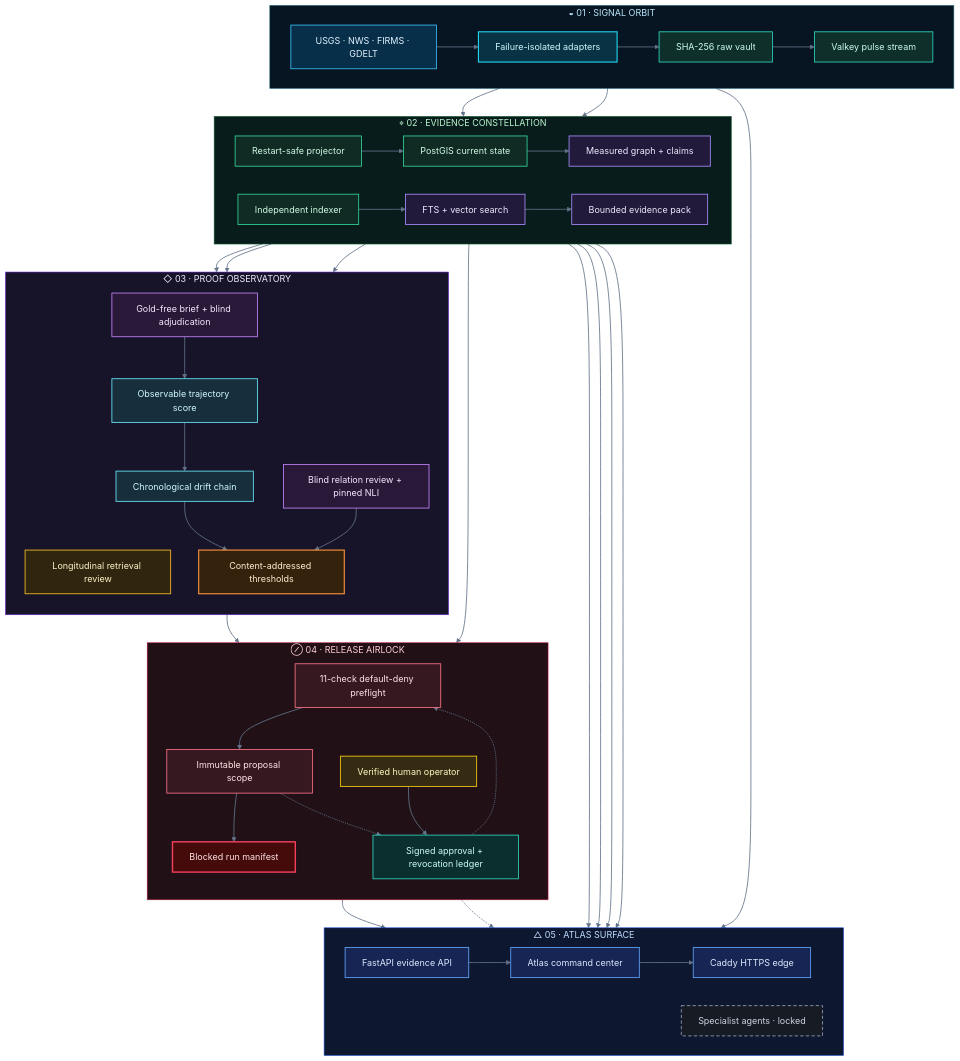
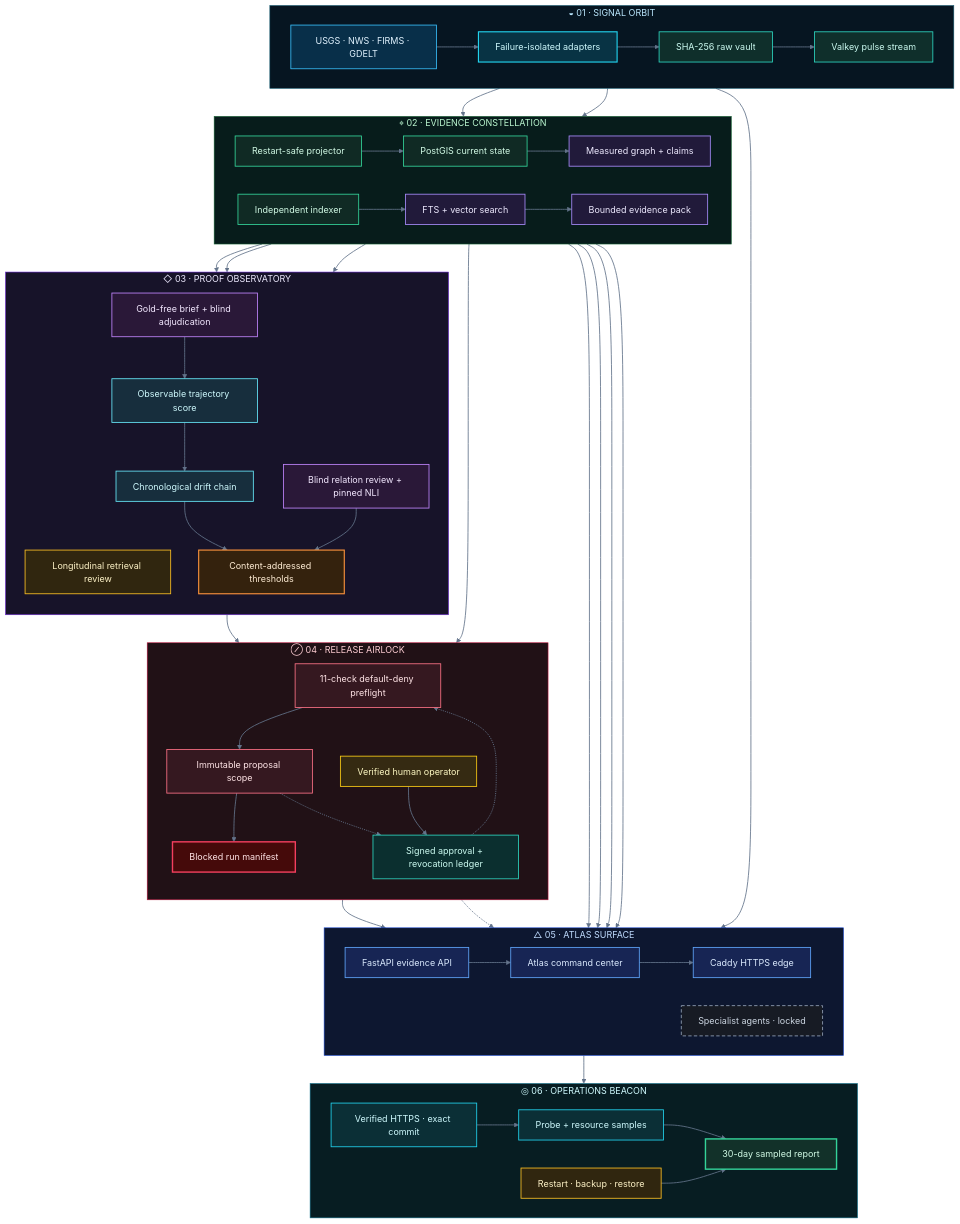
One commit to Thivas12/atlas-pulse changed the diagram in README.md. Above: the diagram before and after it, drawn with Mermaid (neutral theme). The commit also changed other lines of this file and 26 other files, not shown here.

````diff
--- a/README.md
+++ b/README.md
@@ -152,6 +156,16 @@
         FUTURE["Specialist agents · locked"]:::future
     end
 
+    subgraph BEACON["◎ 06 · OPERATIONS BEACON"]
+        direction LR
+        PUBLIC["Verified HTTPS · exact commit"]:::beacon
+        SAMPLES["Probe + resource samples"]:::beacon
+        DRILLS["Restart · backup · restore"]:::drill
+        CAMPAIGN["30-day sampled report"]:::campaign
+        PUBLIC --> SAMPLES --> CAMPAIGN
+        DRILLS --> CAMPAIGN
+    end
+
     BUS --> PROJECTOR
     BUS --> INDEXER
     GRAPH --> RELATIONS
@@ -166,6 +180,7 @@
     PACK --> API
     MANIFEST --> API
     MANIFEST -.-> FUTURE
+    EDGE --> PUBLIC
 
     classDef signal fill:#082f49,stroke:#38bdf8,color:#e0f2fe,stroke-width:1.5px
     classDef pulse fill:#083344,stroke:#22d3ee,color:#cffafe,stroke-width:2px
@@ -181,11 +196,15 @@
     classDef human fill:#352a12,stroke:#facc15,color:#fef9c3,stroke-width:1.5px
     classDef audit fill:#0b2f2f,stroke:#2dd4bf,color:#ccfbf1,stroke-width:1.5px
     classDef surface fill:#172554,stroke:#60a5fa,color:#dbeafe,stroke-width:1.5px
+    classDef beacon fill:#0b2f36,stroke:#22d3ee,color:#cffafe,stroke-width:1.5px
+    classDef drill fill:#30260f,stroke:#fbbf24,color:#fef3c7,stroke-width:1.5px
+    classDef campaign fill:#123129,stroke:#34d399,color:#d1fae5,stroke-width:2.5px
     classDef future fill:#171b24,stroke:#94a3b8,color:#cbd5e1,stroke-width:1.5px,stroke-dasharray:6 4
     style ORBIT fill:#061521,stroke:#155e75,color:#bae6fd
     style CONSTELLATION fill:#071c1b,stroke:#166534,color:#bbf7d0
     style OBSERVATORY fill:#171329,stroke:#6d28d9,color:#ede9fe
     style AIRLOCK fill:#211116,stroke:#be123c,color:#fecdd3
     style SURFACE fill:#0d1730,stroke:#1d4ed8,color:#bfdbfe
+    style BEACON fill:#071d22,stroke:#0e7490,color:#cffafe
     linkStyle default stroke:#64748b,stroke-width:1.5px
 ```
````
